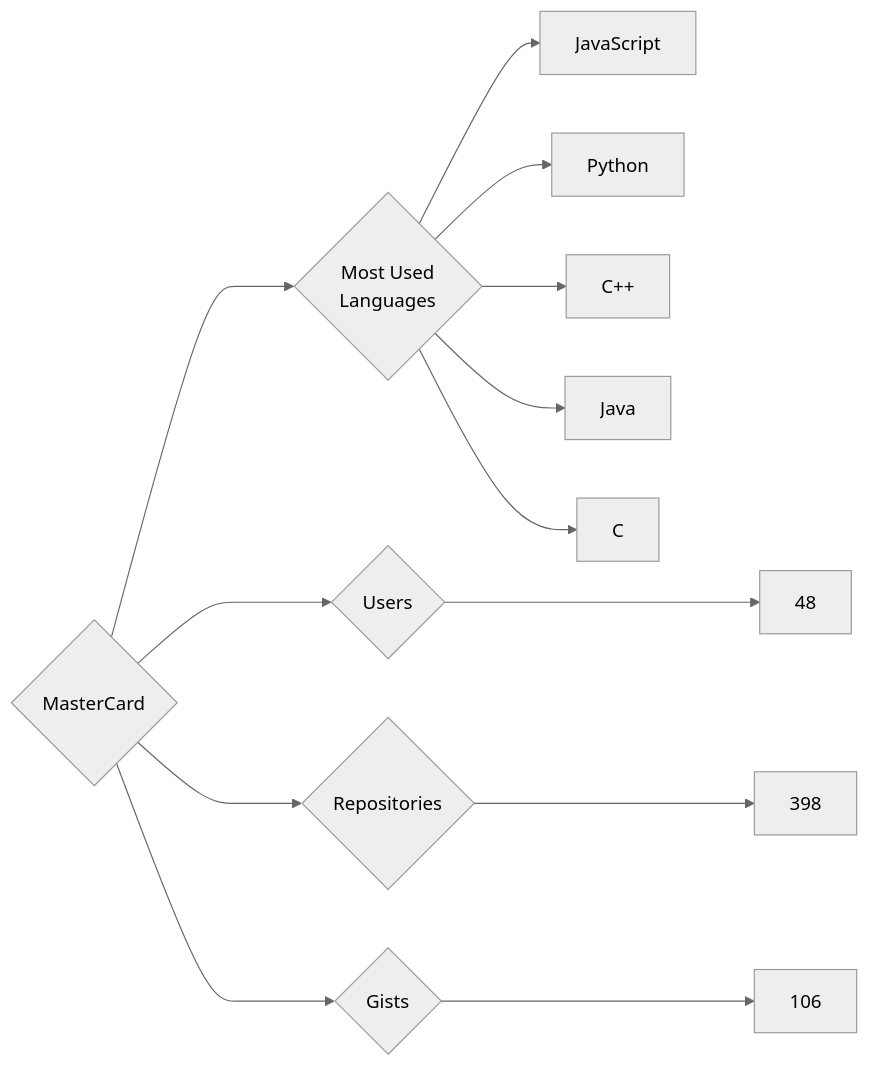
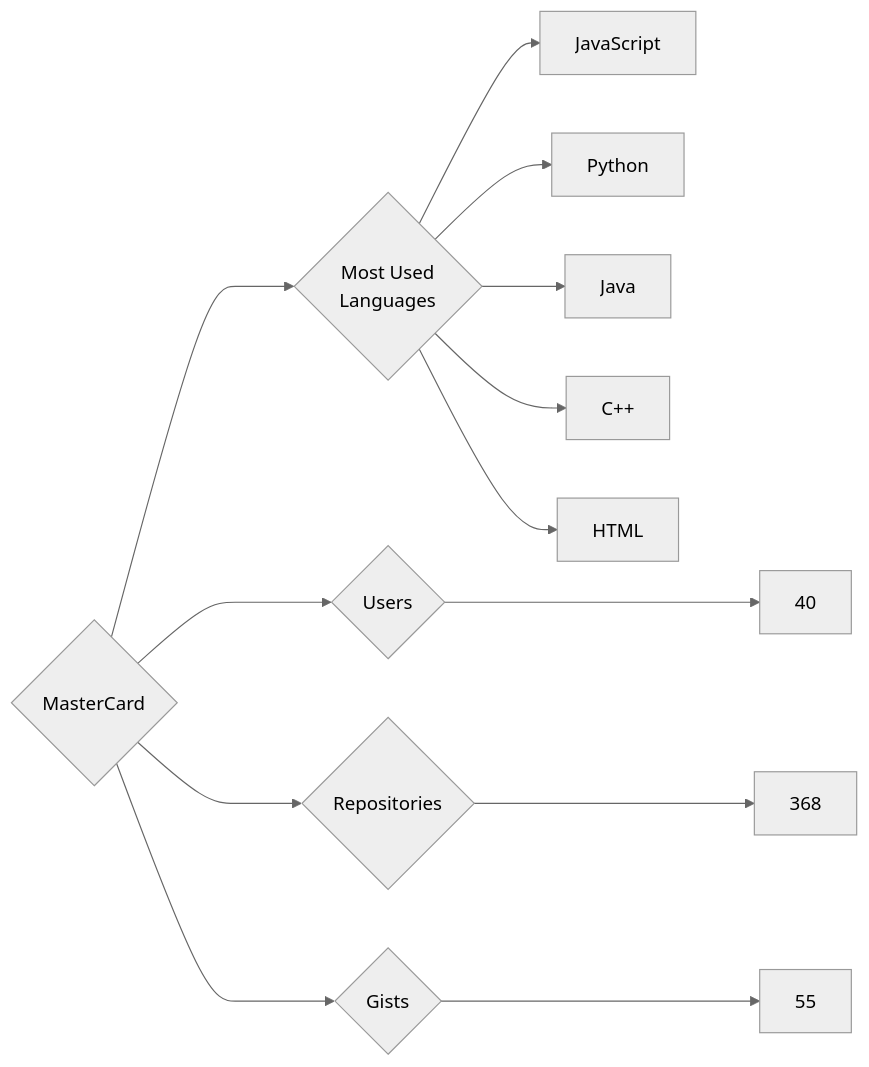
One commit to trickest/insiders changed the diagram in targets/MasterCard/README.md. Above: the diagram before and after it, drawn with Mermaid (neutral theme). The commit also changed 939 other files, not shown here.

````diff
--- a/targets/MasterCard/README.md
+++ b/targets/MasterCard/README.md
@@ -3,13 +3,13 @@
 ```mermaid
 graph LR
 COMPANY_NAME{MasterCard}
-COMPANY_NAME ---> U{Users} ---> UN[48]
-COMPANY_NAME ---> R{Repositories} ---> RN[398]
-COMPANY_NAME ---> G{Gists} ---> GN[106]
+COMPANY_NAME ---> U{Users} ---> UN[40]
+COMPANY_NAME ---> R{Repositories} ---> RN[368]
+COMPANY_NAME ---> G{Gists} ---> GN[55]
 COMPANY_NAME ---> ML{Most Used<br>Languages}
 ML --> JavaScript[JavaScript]
 ML --> Python[Python]
+ML --> Java[Java]
 ML --> C++[C++]
-ML --> Java[Java]
-ML --> C[C]
+ML --> HTML[HTML]
 ```
````
